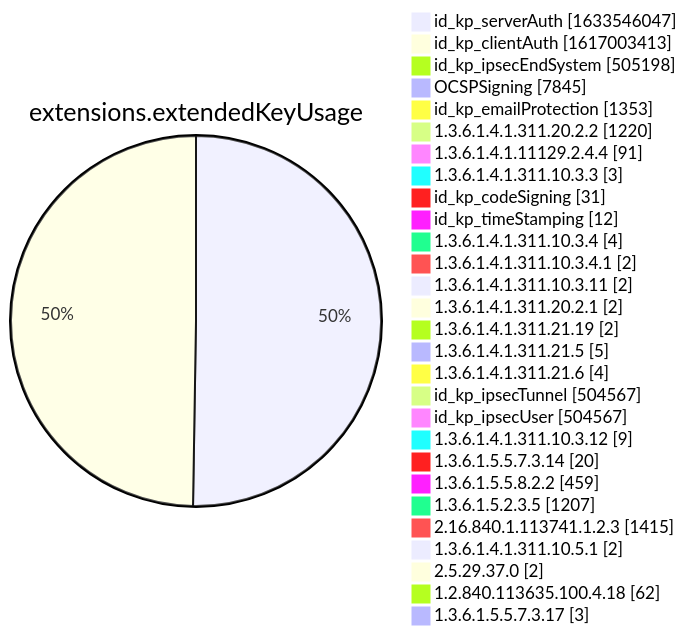
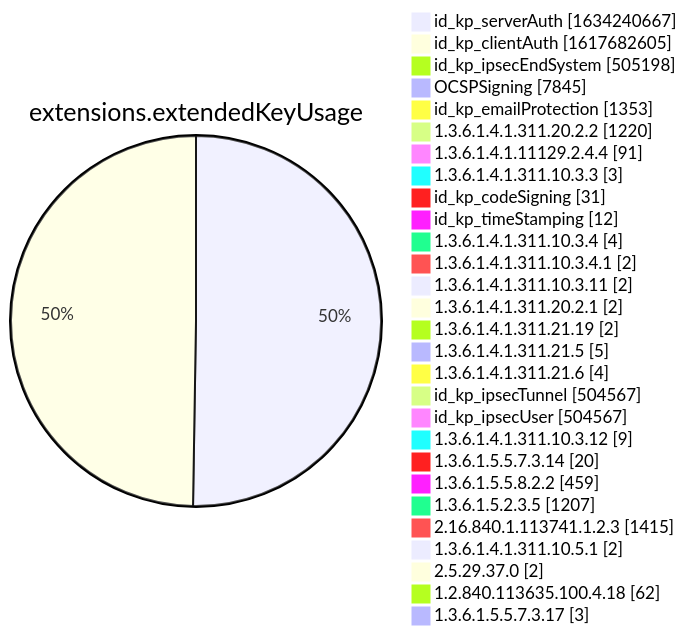
Diagram 12 of 15 in xenon2022/README.md (christiankrug/ctmonitor_visualization), drawn with Mermaid before and after one commit. The commit also changed other lines of this file, not shown here.

````diff
--- a/xenon2022/README.md
+++ b/xenon2022/README.md
@@ -3886,32 +3886,32 @@
 ```mermaid
 pie showData
 title extensions.extendedKeyUsage
-"id_kp_serverAuth" :1633546047
-"id_kp_clientAuth" :1617003413
+"id_kp_serverAuth" :1634240667
+"id_kp_clientAuth" :1617682605
 "id_kp_ipsecEndSystem" :505198
 "OCSPSigning" :7845
 "id_kp_emailProtection" :1353
 "1.3.6.1.4.1.311.20.2.2" :1220
 "1.3.6.1.4.1.11129.2.4.4" :91
 "1.3.6.1.4.1.311.10.3.3" :3
 "id_kp_codeSigning" :31
 "id_kp_timeStamping" :12
 "1.3.6.1.4.1.311.10.3.4" :4
 "1.3.6.1.4.1.311.10.3.4.1" :2
 "1.3.6.1.4.1.311.10.3.11" :2
 "1.3.6.1.4.1.311.20.2.1" :2
 "1.3.6.1.4.1.311.21.19" :2
 "1.3.6.1.4.1.311.21.5" :5
 "1.3.6.1.4.1.311.21.6" :4
 "id_kp_ipsecTunnel" :504567
 "id_kp_ipsecUser" :504567
 "1.3.6.1.4.1.311.10.3.12" :9
 "1.3.6.1.5.5.7.3.14" :20
 "1.3.6.1.5.5.8.2.2" :459
 "1.3.6.1.5.2.3.5" :1207
 "2.16.840.1.113741.1.2.3" :1415
 "1.3.6.1.4.1.311.10.5.1" :2
 "2.5.29.37.0" :2
 "1.2.840.113635.100.4.18" :62
 "1.3.6.1.5.5.7.3.17" :3
 ```
````
